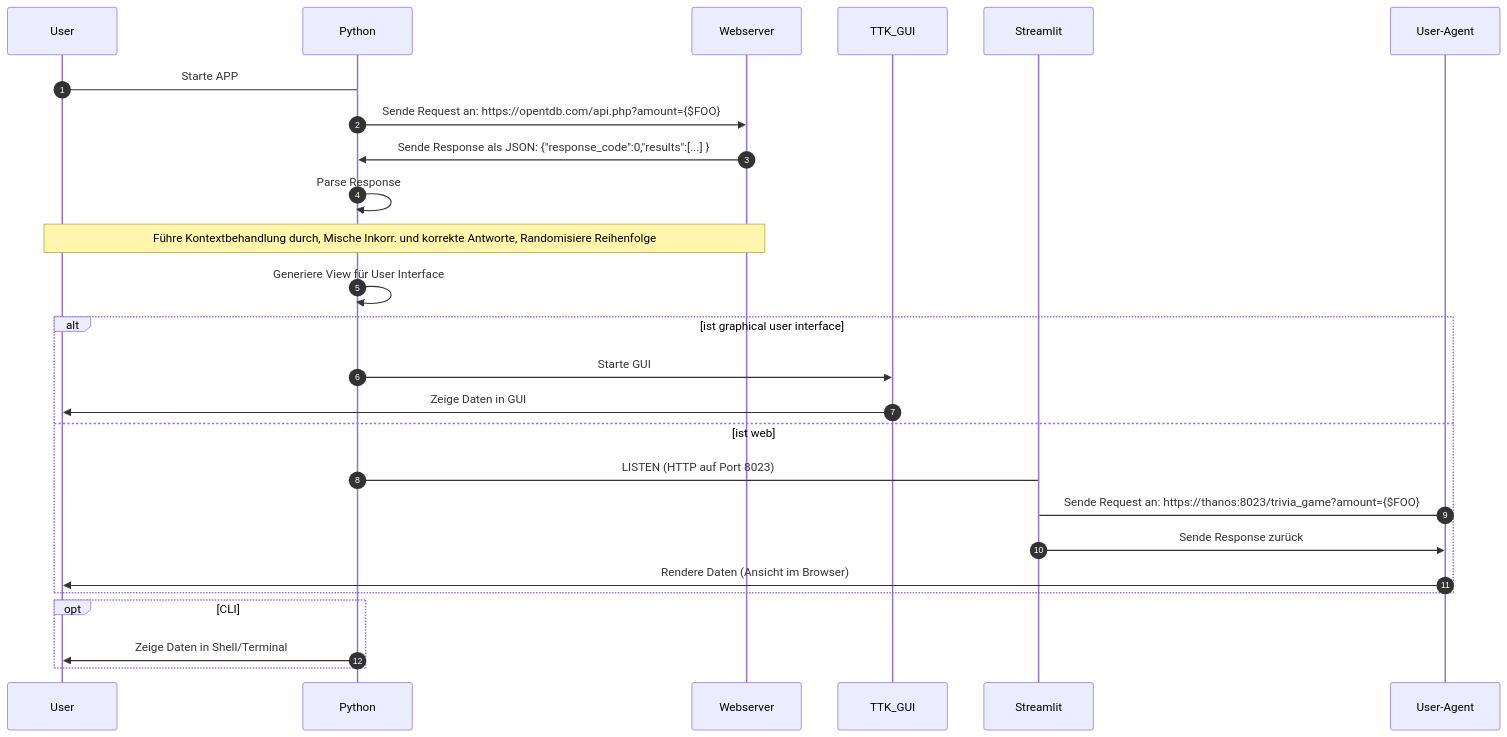
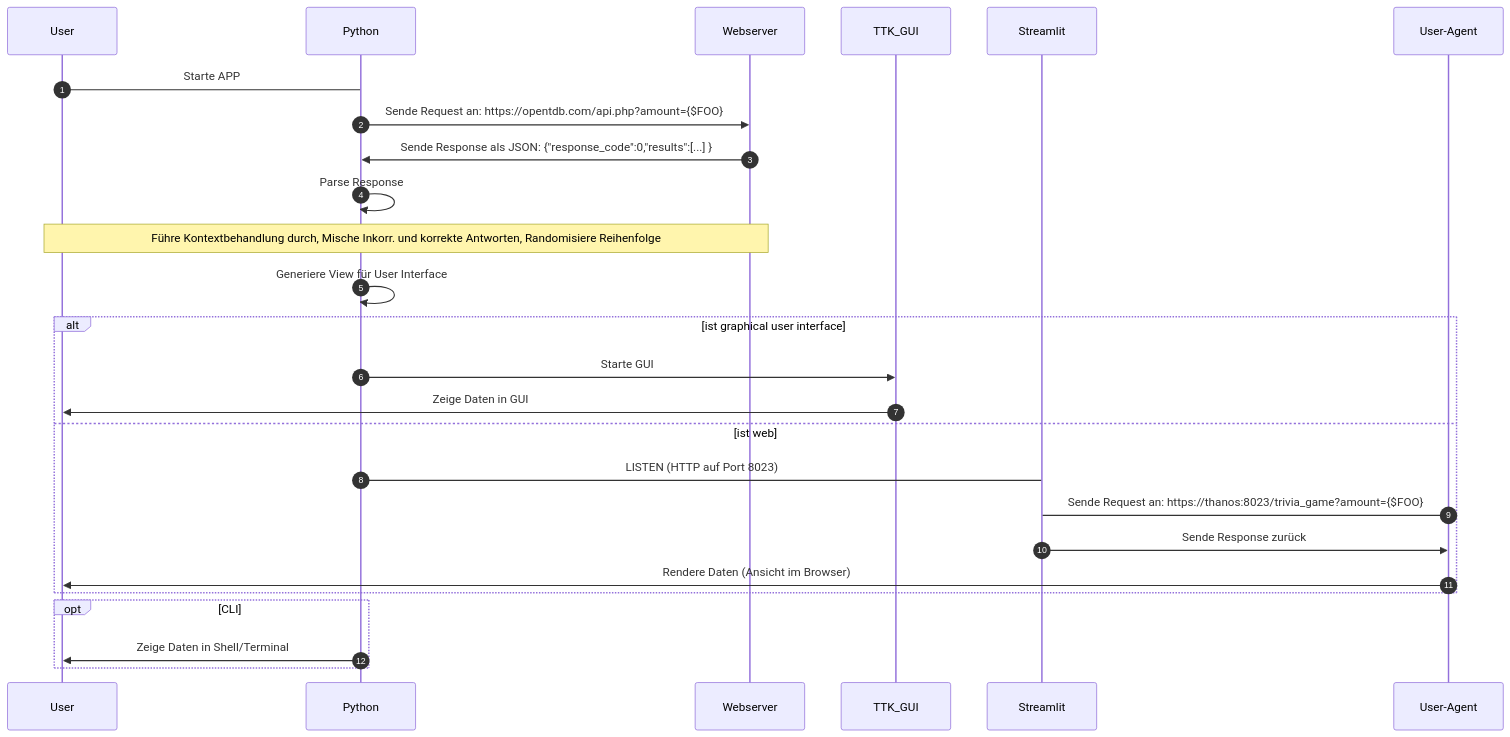
Before and after one commit to nevsglueckauf/pyquiz: the diagram in doq/dad.md, drawn with Mermaid. The commit also changed 1 other file, not shown here.

````diff
--- a/doq/dad.md
+++ b/doq/dad.md
@@ -31,22 +31,22 @@
 ```mermaid
 sequenceDiagram
     autonumber
     User->Python : Starte APP
     Python->>Webserver: Sende Request an: https://opentdb.com/api.php?amount={$FOO} 
     Webserver->>Python: Sende Response als JSON: {"response_code":0,"results":[...] }
     Python->>Python: Parse Response
-    Note over User,Webserver: Führe Kontextbehandlung durch, Mische Inkorr. und korrekte Antworte, Randomisiere Reihenfolge
+    Note over User,Webserver: Führe Kontextbehandlung durch, Mische Inkorr. und korrekte Antworten, Randomisiere Reihenfolge
     Python->>Python:  Generiere View für User Interface
     alt ist graphical user interface
         Python->>TTK_GUI: Starte GUI 
         TTK_GUI->>User: Zeige Daten in GUI 
     else ist web
         Python->Streamlit: LISTEN (HTTP auf Port 8023)
         User-Agent->Streamlit: Sende Request an: https://thanos:8023/trivia_game?amount={$FOO} 
         Streamlit->>User-Agent: Sende Response zurück
         User-Agent->>User: Rendere Daten (Ansicht im Browser)
     end
     opt CLI
         Python->>User: Zeige Daten in Shell/Terminal
     end
 ```
````
